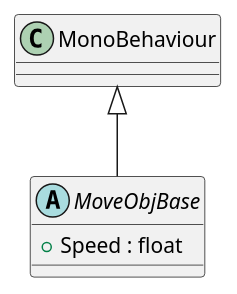
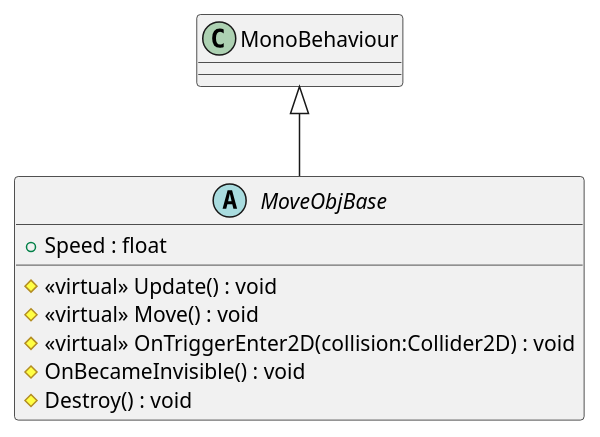
One commit to 202004g07/UnityShooting changed the diagram in Assets/Scripts/plantuml/MoveObjBase.puml. Above: the diagram before and after it, drawn with PlantUML. The commit also changed 23 other files, not shown here.

```diff
--- a/Assets/Scripts/plantuml/MoveObjBase.puml
+++ b/Assets/Scripts/plantuml/MoveObjBase.puml
@@ -1,6 +1,11 @@
 @startuml
 abstract class MoveObjBase {
     + Speed : float
+    # <<virtual>> Update() : void
+    # <<virtual>> Move() : void
+    # <<virtual>> OnTriggerEnter2D(collision:Collider2D) : void
+    # OnBecameInvisible() : void
+    # Destroy() : void
 }
 MonoBehaviour <|-- MoveObjBase
 @enduml
```
